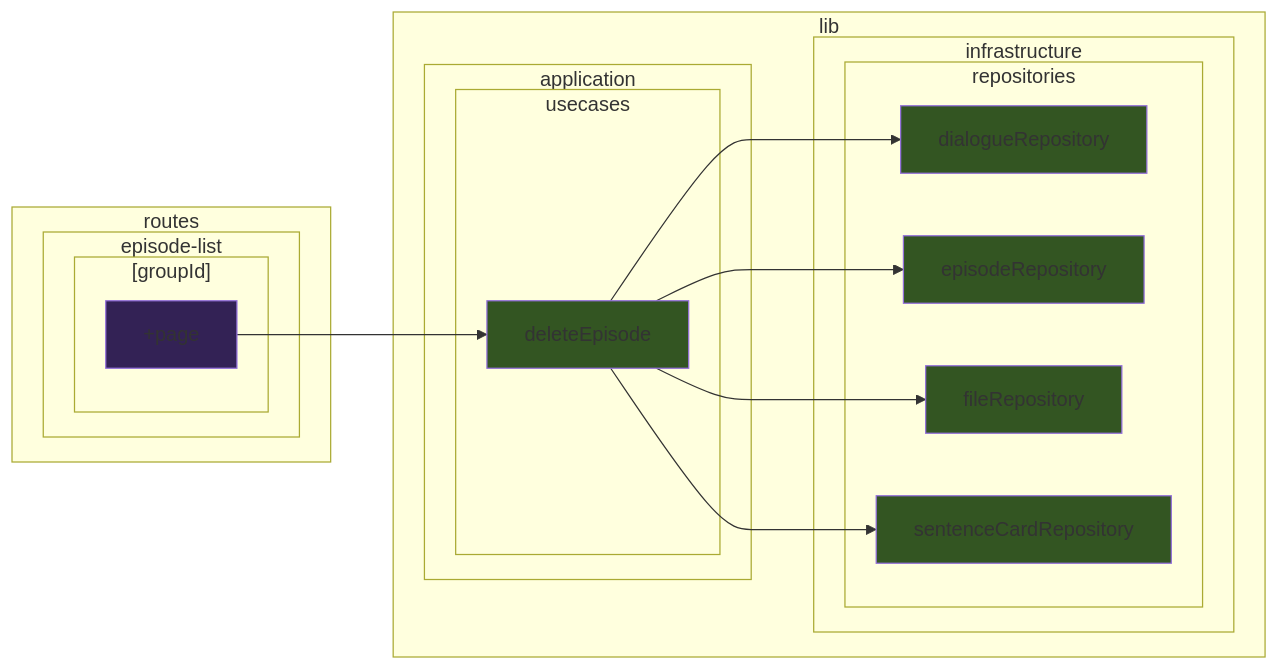
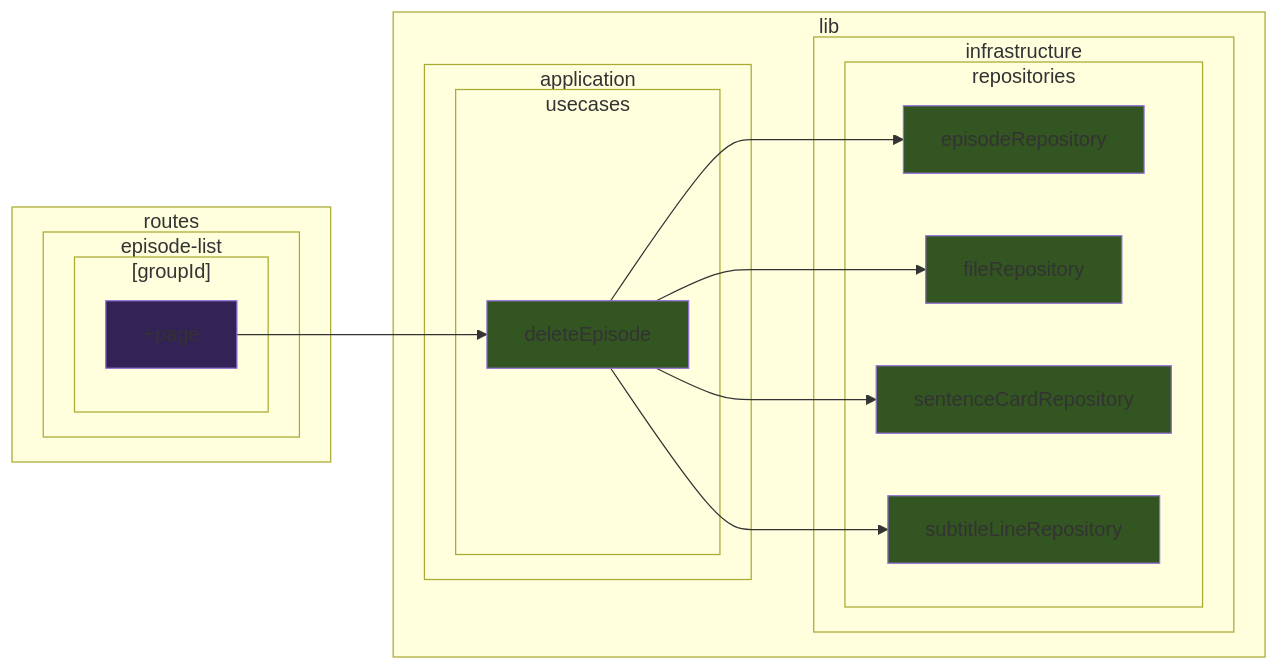
One commit to k5n/kotonoha changed the tenth of 39 diagrams in doc/dependency-graph.md. Above: the diagram before and after it, drawn with Mermaid. The commit also changed other lines of this file, not shown here.

````diff
--- a/doc/dependency-graph.md
+++ b/doc/dependency-graph.md
@@ -557,39 +557,39 @@
 ```mermaid
 graph LR
     classDef cssSvelteComponent fill:#325;
     classDef cssSvelteScript fill:#535;
     classDef cssTypeScript fill:#352;
         subgraph sg_lib ["lib"]
             subgraph sg_lib_application ["application"]
                 subgraph sg_lib_application_usecases ["usecases"]
                     src_lib_application_usecases_deleteEpisode_ts["deleteEpisode"]
                 end
             end
             subgraph sg_lib_infrastructure ["infrastructure"]
                 subgraph sg_lib_infrastructure_repositories ["repositories"]
-                    src_lib_infrastructure_repositories_dialogueRepository_ts["dialogueRepository"]
                     src_lib_infrastructure_repositories_episodeRepository_ts["episodeRepository"]
                     src_lib_infrastructure_repositories_fileRepository_ts["fileRepository"]
                     src_lib_infrastructure_repositories_sentenceCardRepository_ts["sentenceCardRepository"]
+                    src_lib_infrastructure_repositories_subtitleLineRepository_ts["subtitleLineRepository"]
                 end
             end
         end
         subgraph sg_routes ["routes"]
             subgraph sg_routes_episode_list ["episode-list"]
                 subgraph sg_routes_episode_list__groupId_ ["[groupId]"]
                     src_routes_episode_list__groupId___page_svelte["+page"]
                 end
             end
         end
-    src_lib_application_usecases_deleteEpisode_ts --> src_lib_infrastructure_repositories_dialogueRepository_ts
     src_lib_application_usecases_deleteEpisode_ts --> src_lib_infrastructure_repositories_episodeRepository_ts
     src_lib_application_usecases_deleteEpisode_ts --> src_lib_infrastructure_repositories_fileRepository_ts
     src_lib_application_usecases_deleteEpisode_ts --> src_lib_infrastructure_repositories_sentenceCardRepository_ts
+    src_lib_application_usecases_deleteEpisode_ts --> src_lib_infrastructure_repositories_subtitleLineRepository_ts
     src_routes_episode_list__groupId___page_svelte --> src_lib_application_usecases_deleteEpisode_ts
     class src_lib_application_usecases_deleteEpisode_ts cssTypeScript
-    class src_lib_infrastructure_repositories_dialogueRepository_ts cssTypeScript
     class src_lib_infrastructure_repositories_episodeRepository_ts cssTypeScript
     class src_lib_infrastructure_repositories_fileRepository_ts cssTypeScript
     class src_lib_infrastructure_repositories_sentenceCardRepository_ts cssTypeScript
+    class src_lib_infrastructure_repositories_subtitleLineRepository_ts cssTypeScript
     class src_routes_episode_list__groupId___page_svelte cssSvelteComponent
 ```
````
